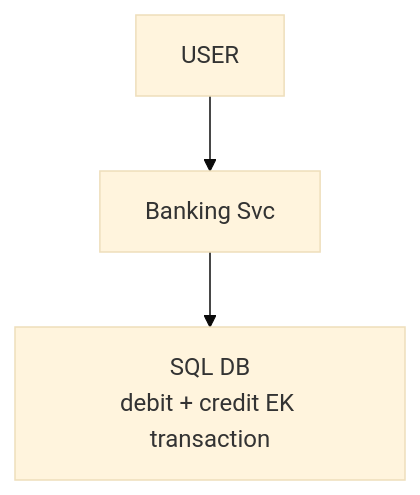
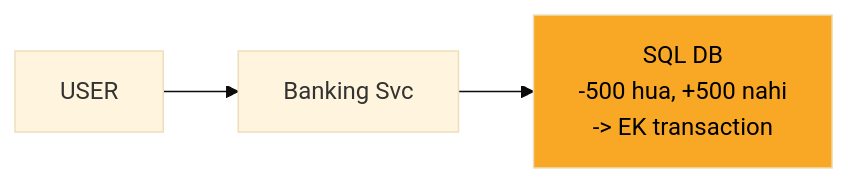
One commit to ArpanMaheshwari144/Prep changed the second of 13 diagrams in 04_HLD/SYSTEM_DESIGNS/13_banking_system/13_banking_system.md. Above: the diagram before and after it, drawn with Mermaid (base theme). The commit also changed other lines of this file and 2 other files, not shown here.

Commit message:
docs, kafka, banking: one-day story, short cards, follow-ups with rules, highlighted diagrams

````diff
--- a/04_HLD/SYSTEM_DESIGNS/13_banking_system/13_banking_system.md
+++ b/04_HLD/SYSTEM_DESIGNS/13_banking_system/13_banking_system.md
@@ -82,8 +98,9 @@
 ```mermaid
-flowchart TD
+flowchart LR
     n_USER["USER"]
-    n_Banking_Svc["Banking Svc"]
-    n_SQL_DB["SQL DB<br/>debit + credit EK transaction"]
-    n_USER --> n_Banking_Svc
-    n_Banking_Svc --> n_SQL_DB
+    n_SVC["Banking Svc"]
+    n_DB["SQL DB<br/>-500 hua, +500 nahi<br/>-> EK transaction"]
+    n_USER --> n_SVC
+    n_SVC --> n_DB
+    style n_DB fill:#f9a825,color:#000
 ```
````
